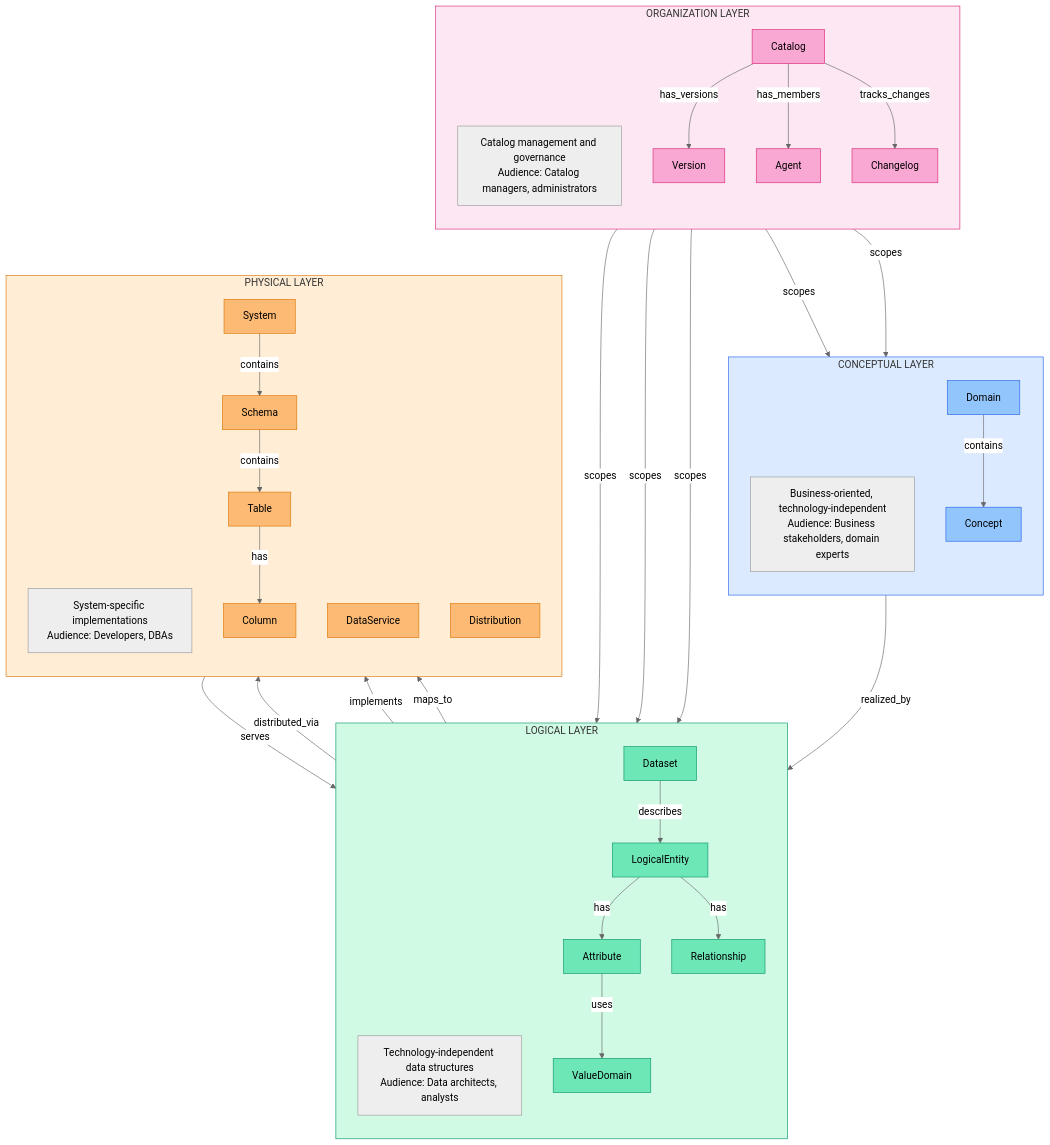
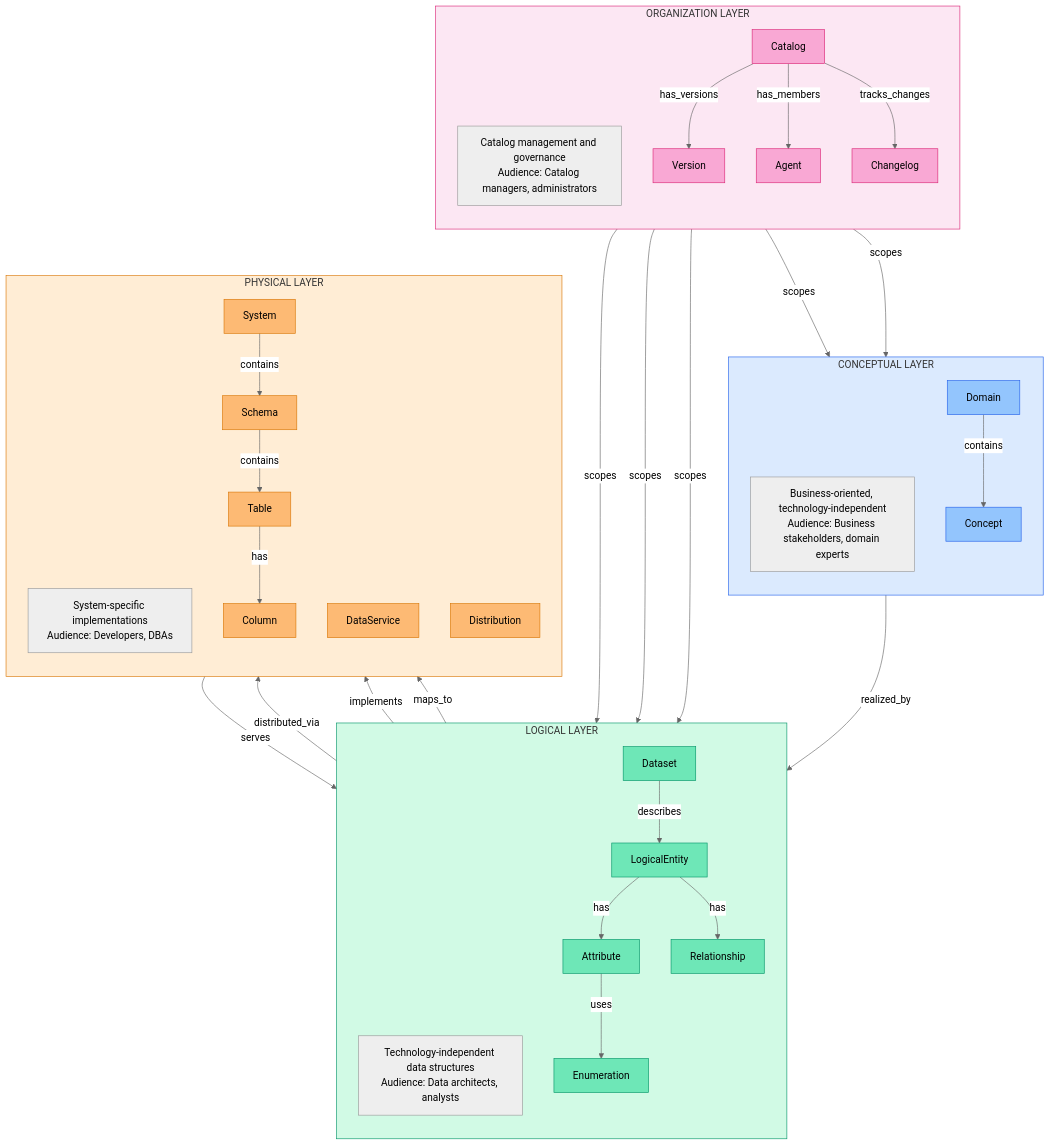
One commit to davras5/meta-atlas changed the first of 3 diagrams in documentation/DATAMODEL.md. Above: the diagram before and after it, drawn with Mermaid (neutral theme). The commit also changed other lines of this file and 7 other files, not shown here.

```diff
--- a/documentation/DATAMODEL.md
+++ b/documentation/DATAMODEL.md
@@ -195,12 +195,12 @@
         Dataset["Dataset"]
         LogicalEntity["LogicalEntity"]
         Attribute["Attribute"]
-        ValueDomain["ValueDomain"]
+        Enumeration["Enumeration"]
         Relationship["Relationship"]
         Dataset -->|describes| LogicalEntity
         LogicalEntity -->|has| Attribute
         LogicalEntity -->|has| Relationship
-        Attribute -->|uses| ValueDomain
+        Attribute -->|uses| Enumeration
     end
 
     subgraph PHYSICAL["PHYSICAL LAYER"]
@@ -222,7 +222,7 @@
     Catalog -->|scopes| Domain
     Catalog -->|scopes| Concept
     Catalog -->|scopes| LogicalEntity
-    Catalog -->|scopes| ValueDomain
+    Catalog -->|scopes| Enumeration
     Catalog -->|scopes| Dataset
     Concept -->|realized_by| LogicalEntity
     LogicalEntity -->|implements| Table
@@ -241,7 +241,7 @@
     style Dataset fill:#6ee7b7,stroke:#059669
     style LogicalEntity fill:#6ee7b7,stroke:#059669
     style Attribute fill:#6ee7b7,stroke:#059669
-    style ValueDomain fill:#6ee7b7,stroke:#059669
+    style Enumeration fill:#6ee7b7,stroke:#059669
     style Relationship fill:#6ee7b7,stroke:#059669
     style System fill:#fdba74,stroke:#d97706
     style Schema fill:#fdba74,stroke:#d97706
```
